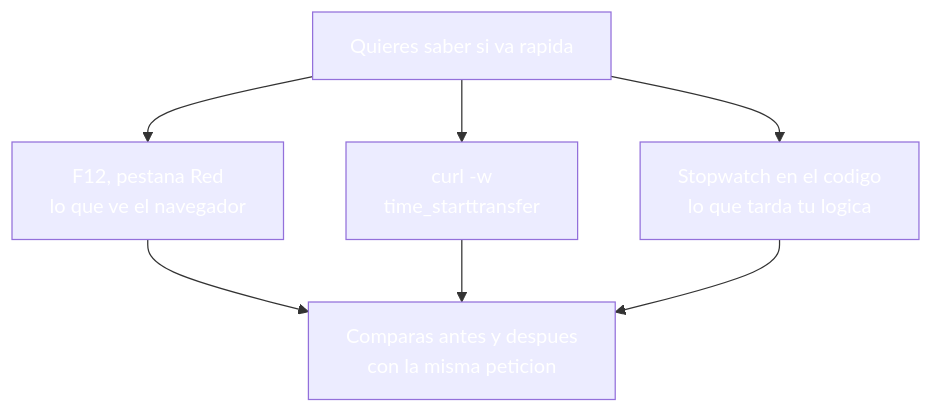
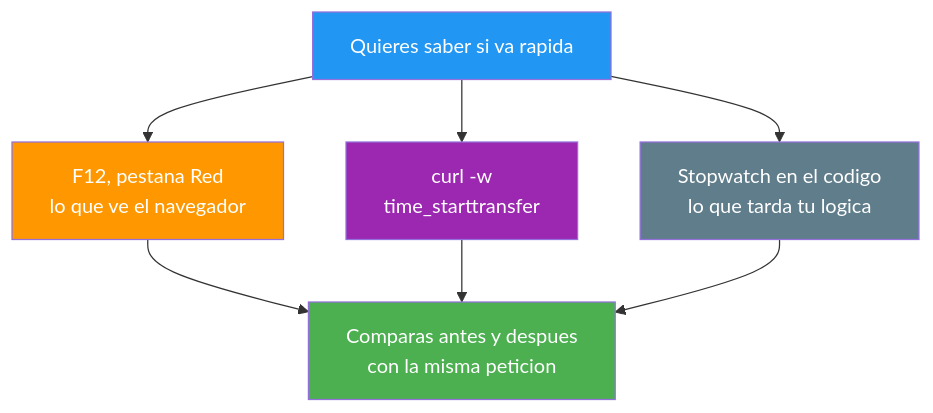
One commit to joseluisgs/DesarrolloWebEntornosServidor-03-2026-2027 changed the second of 7 diagrams in 21-optimizacion-rendimiento.md. Above: the diagram before and after it, drawn with Mermaid. The commit also changed other lines of this file and 25 other files, not shown here.

Commit message:
docs: corregir los estilos Mermaid de los temas y alinear el dominio del tema 25 con ProductosApp

````diff
--- a/21-optimizacion-rendimiento.md
+++ b/21-optimizacion-rendimiento.md
@@ -101,14 +101,14 @@
 ```mermaid
 graph TD
     M["Quieres saber si va rapida"] --> A["F12, pestana Red<br/>lo que ve el navegador"]
     M --> B["curl -w<br/>time_starttransfer"]
     M --> C["Stopwatch en el codigo<br/>lo que tarda tu logica"]
     A --> F["Comparas antes y despues<br/>con la misma peticion"]
     B --> F
     C --> F
-    style M fill:#2196F,color:#fff3,color:#fff
-    style A fill:#FF980,color:#fff0,color:#fff
-    style B fill:#9C27B,color:#fff0,color:#fff
-    style C fill:#607D8,color:#fffB,color:#fff
-    style F fill:#4CAF5,color:#fff0,color:#fff
+    style M fill:#2196F3,color:#fff
+    style A fill:#FF9800,color:#fff
+    style B fill:#9C27B0,color:#fff
+    style C fill:#607D8B,color:#fff
+    style F fill:#4CAF50,color:#fff
 ```
````
